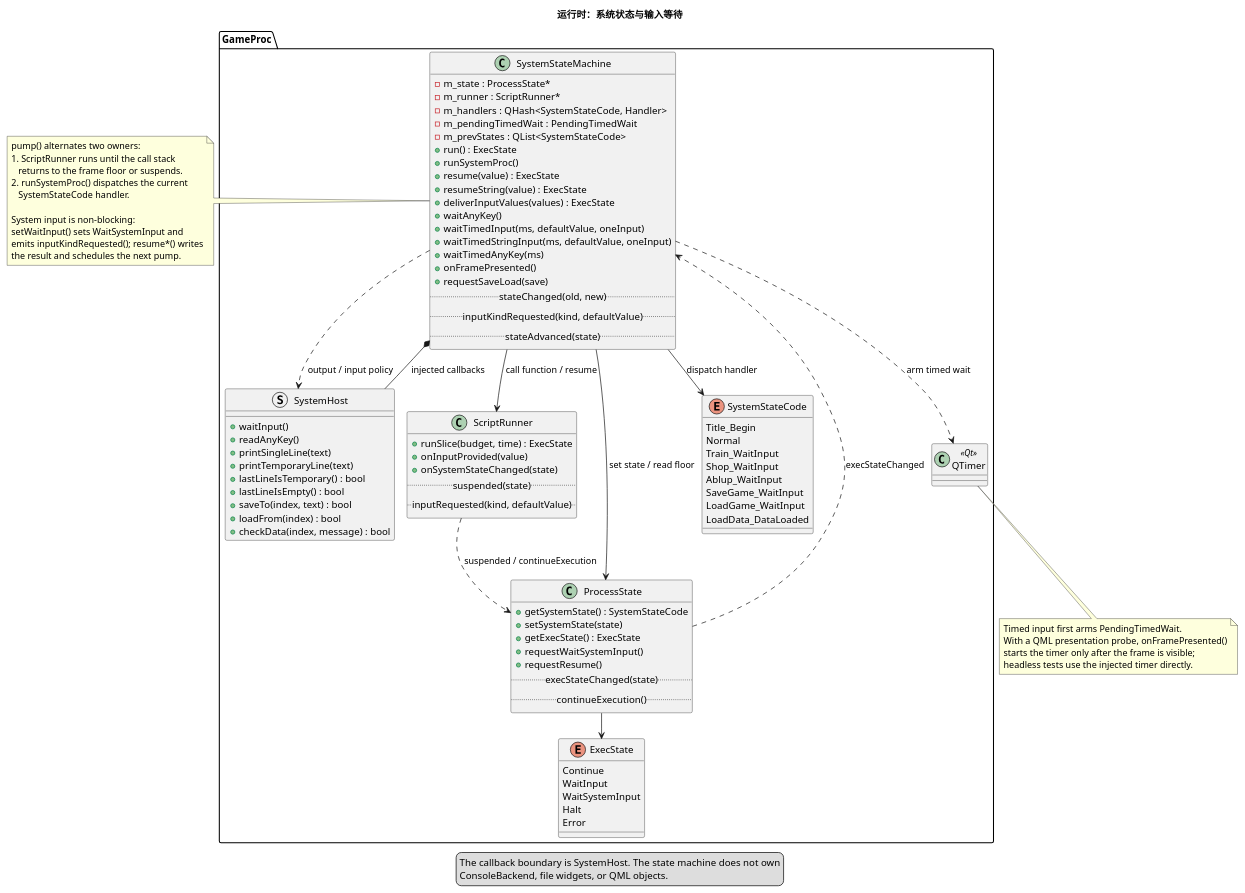
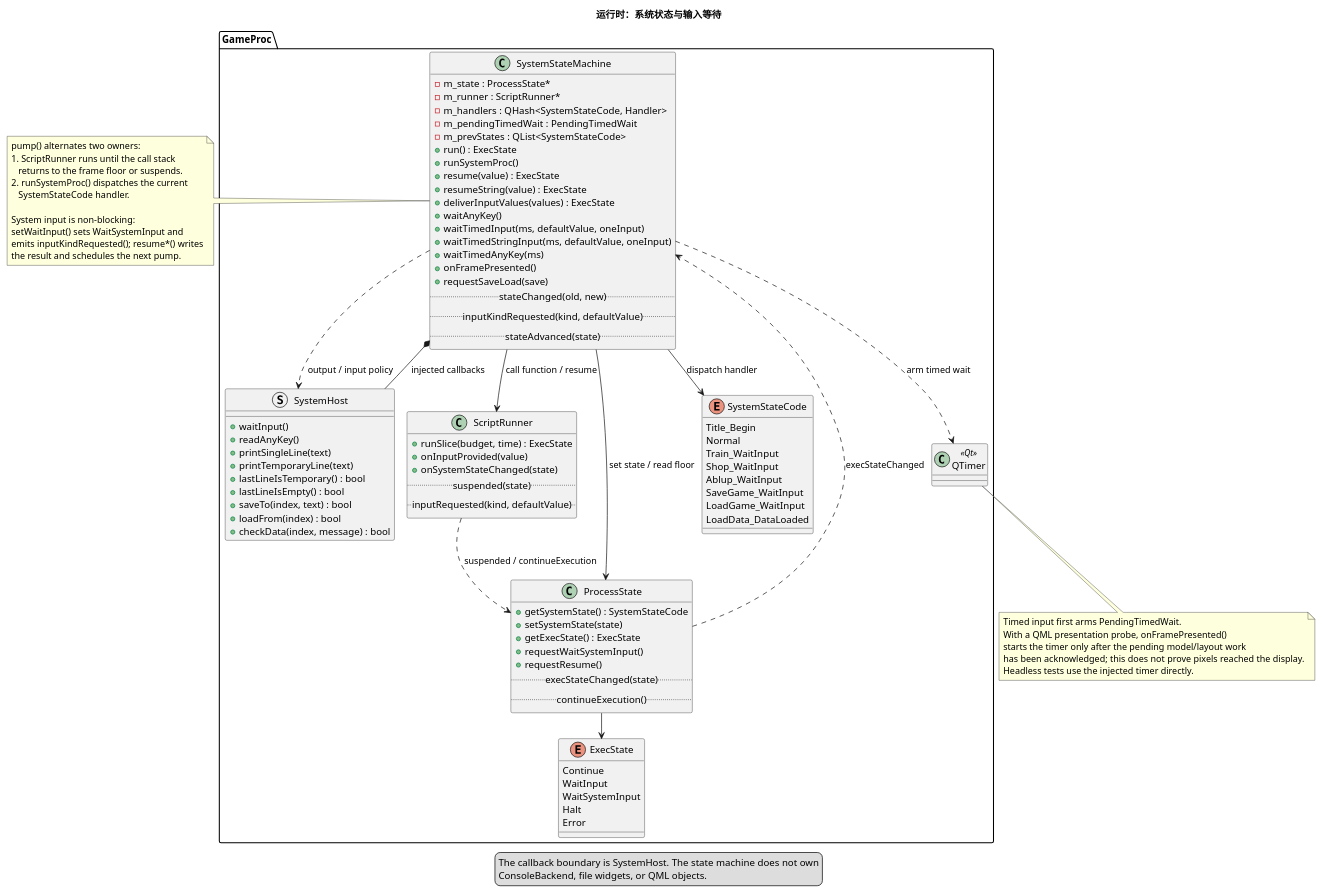
The diagram in docs/uml/03-runtime-system.puml (yigekuyou/qt-eraemu), drawn with PlantUML before and after one commit. The commit also changed 2 other files, not shown here.

```diff
--- a/docs/uml/03-runtime-system.puml
+++ b/docs/uml/03-runtime-system.puml
@@ -1,117 +1,118 @@
 @startuml 03-runtime-system
 !pragma layout smetana
 ' 运行时责任 2/4：系统状态、脚本帧底与输入等待
 ' 来源：GameProc/system_state_machine.h, process_state.h, script_runner.h
 
 title 运行时：系统状态与输入等待
 
 package "GameProc" {
   class SystemStateMachine {
     - m_state : ProcessState*
     - m_runner : ScriptRunner*
     - m_handlers : QHash<SystemStateCode, Handler>
     - m_pendingTimedWait : PendingTimedWait
     - m_prevStates : QList<SystemStateCode>
     + run() : ExecState
     + runSystemProc()
     + resume(value) : ExecState
     + resumeString(value) : ExecState
     + deliverInputValues(values) : ExecState
     + waitAnyKey()
     + waitTimedInput(ms, defaultValue, oneInput)
     + waitTimedStringInput(ms, defaultValue, oneInput)
     + waitTimedAnyKey(ms)
     + onFramePresented()
     + requestSaveLoad(save)
     .. stateChanged(old, new) ..
     .. inputKindRequested(kind, defaultValue) ..
     .. stateAdvanced(state) ..
   }
 
   struct SystemHost {
     + waitInput()
     + readAnyKey()
     + printSingleLine(text)
     + printTemporaryLine(text)
     + lastLineIsTemporary() : bool
     + lastLineIsEmpty() : bool
     + saveTo(index, text) : bool
     + loadFrom(index) : bool
     + checkData(index, message) : bool
   }
 
   class ScriptRunner {
     + runSlice(budget, time) : ExecState
     + onInputProvided(value)
     + onSystemStateChanged(state)
     .. suspended(state) ..
     .. inputRequested(kind, defaultValue) ..
   }
 
   class ProcessState {
     + getSystemState() : SystemStateCode
     + setSystemState(state)
     + getExecState() : ExecState
     + requestWaitSystemInput()
     + requestResume()
     .. execStateChanged(state) ..
     .. continueExecution() ..
   }
 
   enum SystemStateCode {
     Title_Begin
     Normal
     Train_WaitInput
     Shop_WaitInput
     Ablup_WaitInput
     SaveGame_WaitInput
     LoadGame_WaitInput
     LoadData_DataLoaded
   }
 
   enum ExecState {
     Continue
     WaitInput
     WaitSystemInput
     Halt
     Error
   }
 
   class QTimer <<Qt>>
 }
 
 SystemStateMachine *-- SystemHost : injected callbacks
 SystemStateMachine --> ProcessState : set state / read floor
 SystemStateMachine --> ScriptRunner : call function / resume
 SystemStateMachine --> SystemStateCode : dispatch handler
 ProcessState --> ExecState
 ProcessState ..> SystemStateMachine : execStateChanged
 ScriptRunner ..> ProcessState : suspended / continueExecution
 SystemStateMachine ..> QTimer : arm timed wait
 SystemStateMachine ..> SystemHost : output / input policy
 
 note right of SystemStateMachine
   pump() alternates two owners:
   1. ScriptRunner runs until the call stack
      returns to the frame floor or suspends.
   2. runSystemProc() dispatches the current
      SystemStateCode handler.
 
   System input is non-blocking:
   setWaitInput() sets WaitSystemInput and
   emits inputKindRequested(); resume*() writes
   the result and schedules the next pump.
 end note
 
 note bottom of QTimer
   Timed input first arms PendingTimedWait.
   With a QML presentation probe, onFramePresented()
-  starts the timer only after the frame is visible;
-  headless tests use the injected timer directly.
+  starts the timer only after the pending model/layout work
+  has been acknowledged; this does not prove pixels reached the display.
+  Headless tests use the injected timer directly.
 end note
 
 legend bottom
   The callback boundary is SystemHost. The state machine does not own
   ConsoleBackend, file widgets, or QML objects.
 endlegend
 @enduml
```
